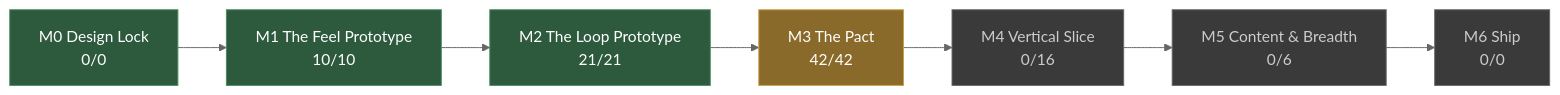
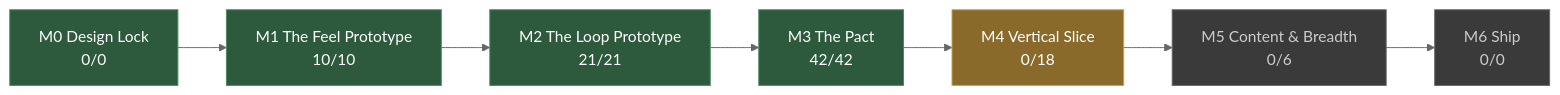
Before and after one commit to JoshuaGessner/she: the diagram in docs/STATUS.md, drawn with Mermaid (neutral theme). The commit also changed other lines of this file and 12 other files, not shown here.

````diff
--- a/docs/STATUS.md
+++ b/docs/STATUS.md
@@ -13,19 +13,19 @@
 ```mermaid
 flowchart LR
   M0["M0 Design Lock<br/>0/0"]:::passed
   M1["M1 The Feel Prototype<br/>10/10"]:::passed
   M0 --> M1
   M2["M2 The Loop Prototype<br/>21/21"]:::passed
   M1 --> M2
-  M3["M3 The Pact<br/>42/42"]:::current
+  M3["M3 The Pact<br/>42/42"]:::passed
   M2 --> M3
-  M4["M4 Vertical Slice<br/>0/16"]:::ahead
+  M4["M4 Vertical Slice<br/>0/18"]:::current
   M3 --> M4
   M5["M5 Content & Breadth<br/>0/6"]:::ahead
   M4 --> M5
   M6["M6 Ship<br/>0/0"]:::ahead
   M5 --> M6
   classDef passed fill:#2d5a3d,stroke:#4a8a5f,color:#fff
   classDef current fill:#8a6a2a,stroke:#c8a04a,color:#fff
   classDef ahead fill:#3a3a3a,stroke:#666,color:#ccc
 ```
````
